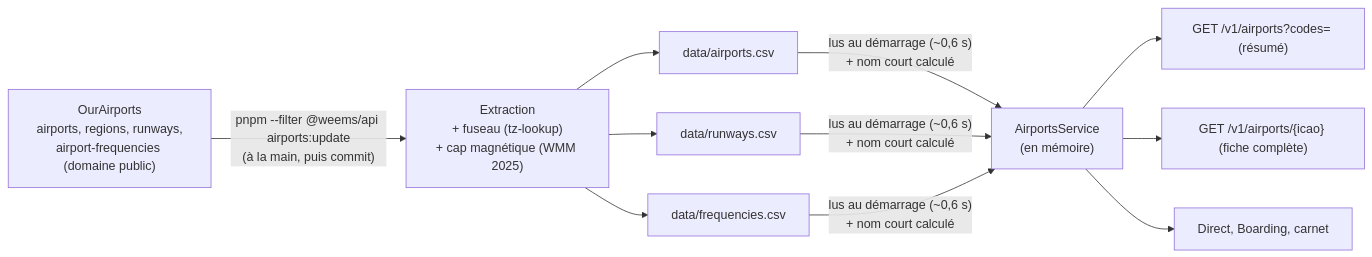
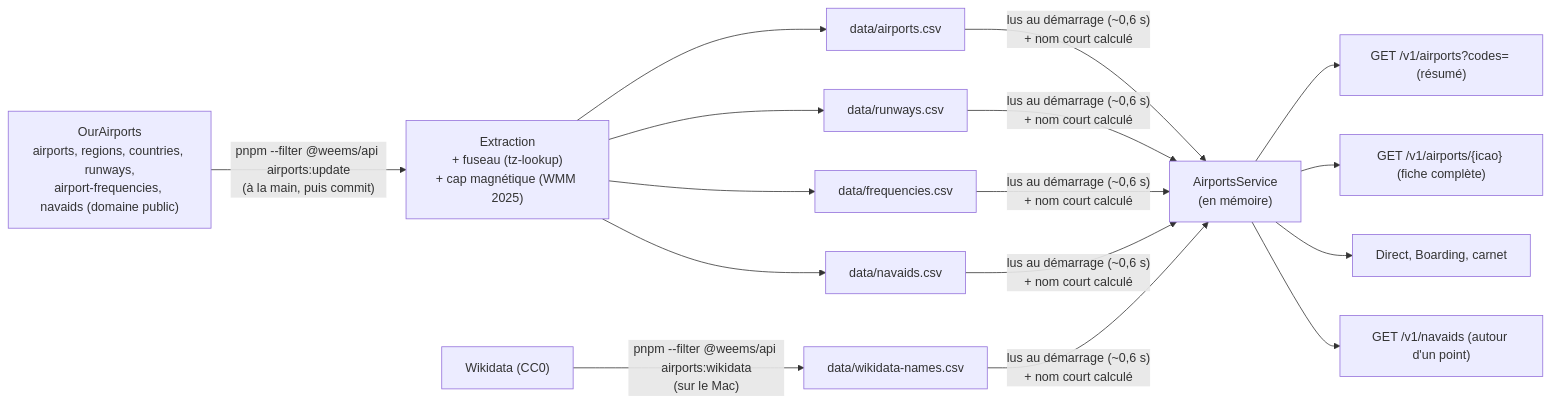
Before and after one commit to tetardo/weems: the diagram in docs/decisions/023-aeroports-champs-pistes-frequences.md, drawn with Mermaid. The commit also changed other lines of this file and 27 other files, not shown here.

First line of the commit message:
feat(airports): balises radio, noms des pays, noms français Wikidata (script Mac)

````diff
--- a/docs/decisions/023-aeroports-champs-pistes-frequences.md
+++ b/docs/decisions/023-aeroports-champs-pistes-frequences.md
@@ -42,11 +46,14 @@
 ```mermaid
 flowchart LR
-  OA["OurAirports<br/>airports, regions, runways,<br/>airport-frequencies (domaine public)"] -->|"pnpm --filter @weems/api airports:update<br/>(à la main, puis commit)"| X["Extraction<br/>+ fuseau (tz-lookup)<br/>+ cap magnétique (WMM 2025)"]
+  WD["Wikidata (CC0)"] -->|"pnpm --filter @weems/api airports:wikidata<br/>(sur le Mac)"| F5["data/wikidata-names.csv"]
+  OA["OurAirports<br/>airports, regions, countries, runways,<br/>airport-frequencies, navaids (domaine public)"] -->|"pnpm --filter @weems/api airports:update<br/>(à la main, puis commit)"| X["Extraction<br/>+ fuseau (tz-lookup)<br/>+ cap magnétique (WMM 2025)"]
   X --> F1["data/airports.csv"]
   X --> F2["data/runways.csv"]
   X --> F3["data/frequencies.csv"]
-  F1 & F2 & F3 -->|"lus au démarrage (~0,6 s)<br/>+ nom court calculé"| S["AirportsService<br/>(en mémoire)"]
+  X --> F4["data/navaids.csv"]
+  F1 & F2 & F3 & F4 & F5 -->|"lus au démarrage (~0,6 s)<br/>+ nom court calculé"| S["AirportsService<br/>(en mémoire)"]
   S --> R1["GET /v1/airports?codes= (résumé)"]
   S --> R2["GET /v1/airports/{icao} (fiche complète)"]
   S --> R3["Direct, Boarding, carnet"]
+  S --> R4["GET /v1/navaids (autour d'un point)"]
 ```
````
